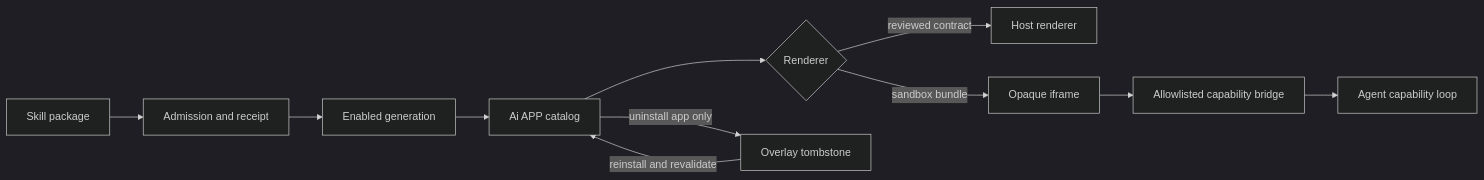
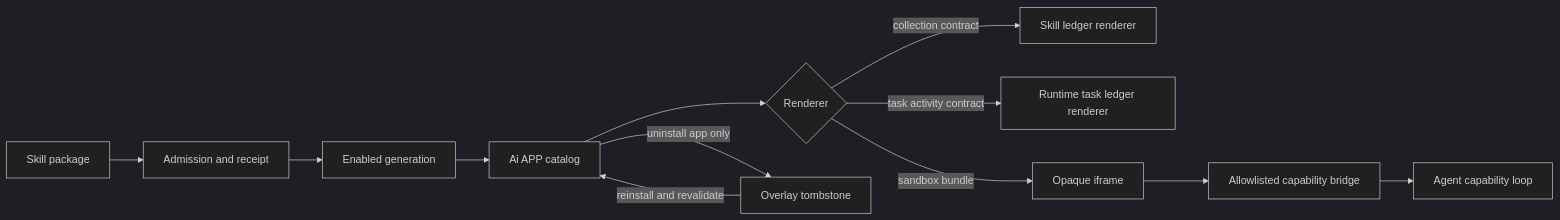
One commit to MatrixCoreX/RustClaw changed the fifth of 5 diagrams in README.md. Above: the diagram before and after it, drawn with Mermaid (dark theme). The commit also changed other lines of this file and 25 other files, not shown here.

````diff
--- a/README.md
+++ b/README.md
@@ -1001,13 +1012,14 @@
 ```mermaid
 flowchart LR
     P[Skill package] --> A[Admission and receipt]
     A --> G[Enabled generation]
     G --> C[Ai APP catalog]
     C --> H{Renderer}
-    H -->|reviewed contract| R[Host renderer]
+    H -->|collection contract| R[Skill ledger renderer]
+    H -->|task activity contract| Q[Runtime task ledger renderer]
     H -->|sandbox bundle| F[Opaque iframe]
     F --> B[Allowlisted capability bridge]
     B --> L[Agent capability loop]
     C -->|uninstall app only| T[Overlay tombstone]
     T -->|reinstall and revalidate| C
 ```
````
